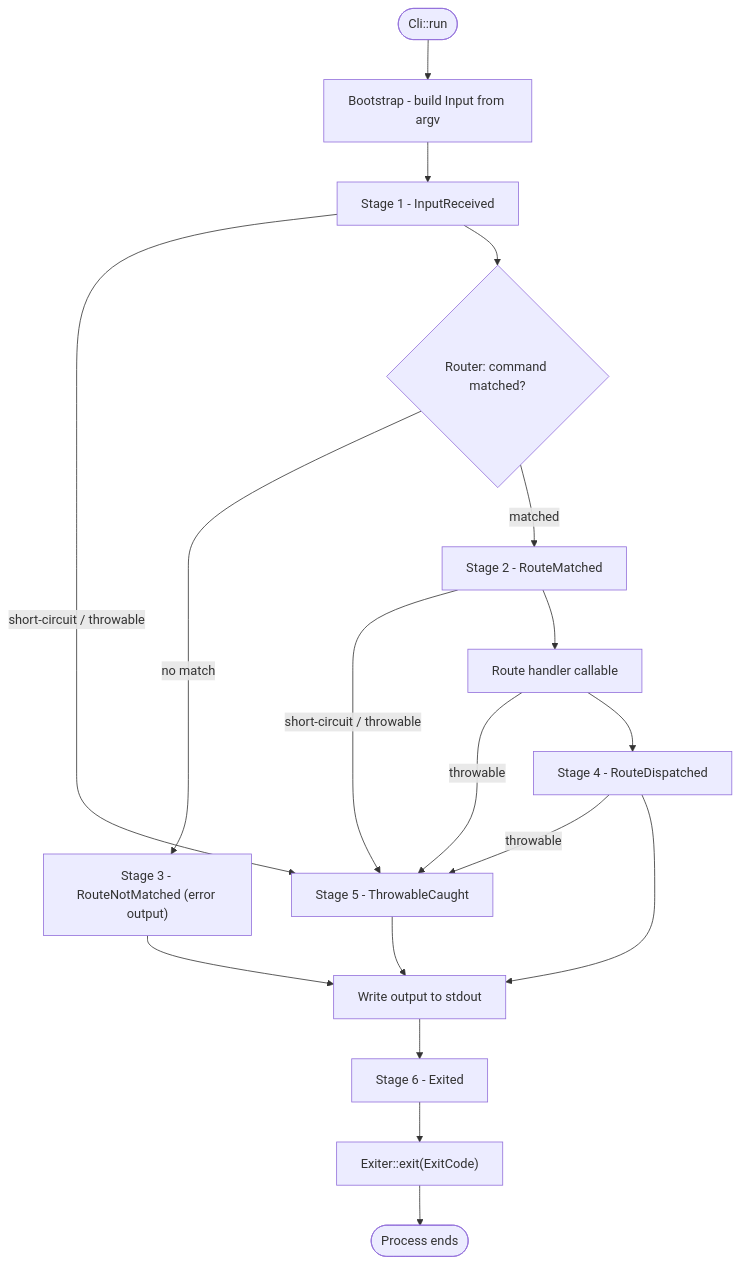
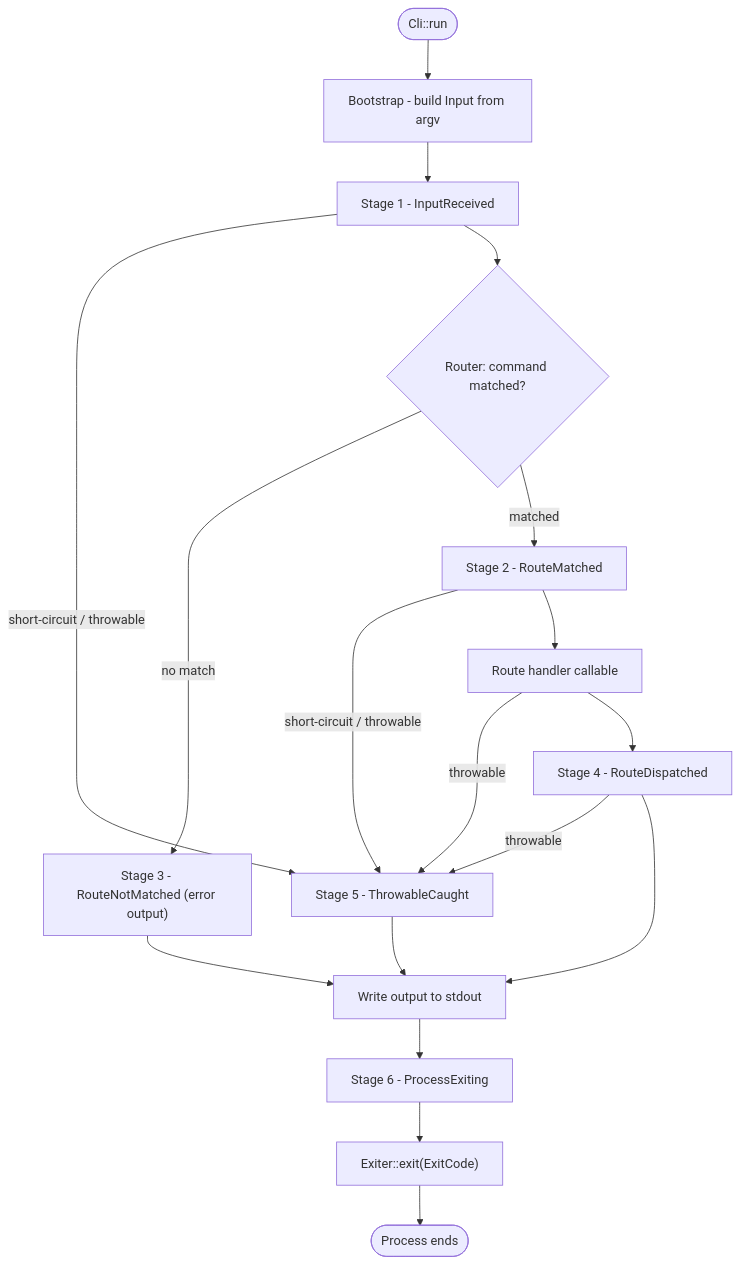
One commit to valkyrjaio/valkyrja changed the diagram in src/Valkyrja/Cli/README.md. Above: the diagram before and after it, drawn with Mermaid. The commit also changed other lines of this file and 35 other files, not shown here.

Commit message:
[Cli] Rename terminal middleware stage Exited to ProcessExiting.

````diff
--- a/src/Valkyrja/Cli/README.md
+++ b/src/Valkyrja/Cli/README.md
@@ -666,20 +666,20 @@
 ```mermaid
 flowchart TD
     A([Cli::run]) --> B[Bootstrap - build Input from argv]
     B --> C[Stage 1 - InputReceived]
     C -->|"short-circuit / throwable"| J[Stage 5 - ThrowableCaught]
     C --> D{"Router: command matched?"}
     D -->|"no match"| E["Stage 3 - RouteNotMatched (error output)"]
     D -->|matched| F[Stage 2 - RouteMatched]
     E --> H[Write output to stdout]
     F -->|"short-circuit / throwable"| J
     F --> G[Route handler callable]
     G -->|throwable| J
     G --> I[Stage 4 - RouteDispatched]
     I -->|throwable| J
     I --> H
     J --> H
-    H --> K[Stage 6 - Exited]
+    H --> K[Stage 6 - ProcessExiting]
     K --> L["Exiter::exit(ExitCode)"]
     L --> M([Process ends])
 ```
````
